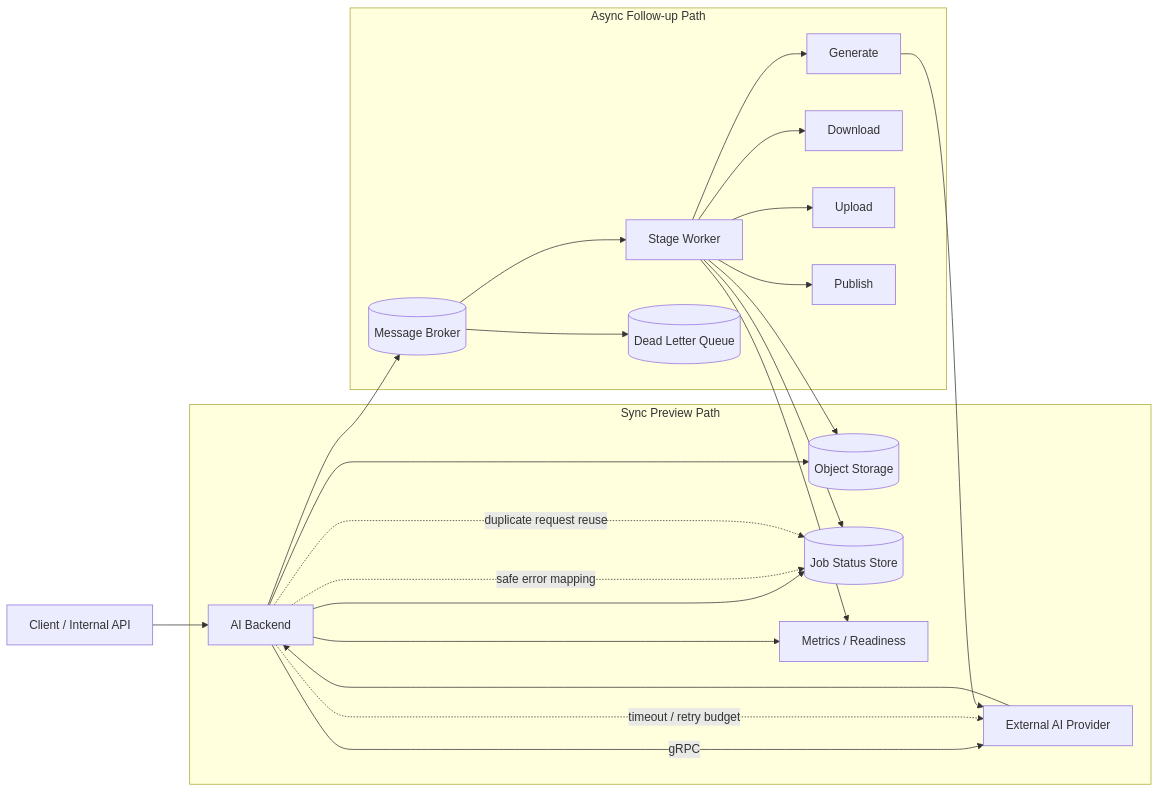
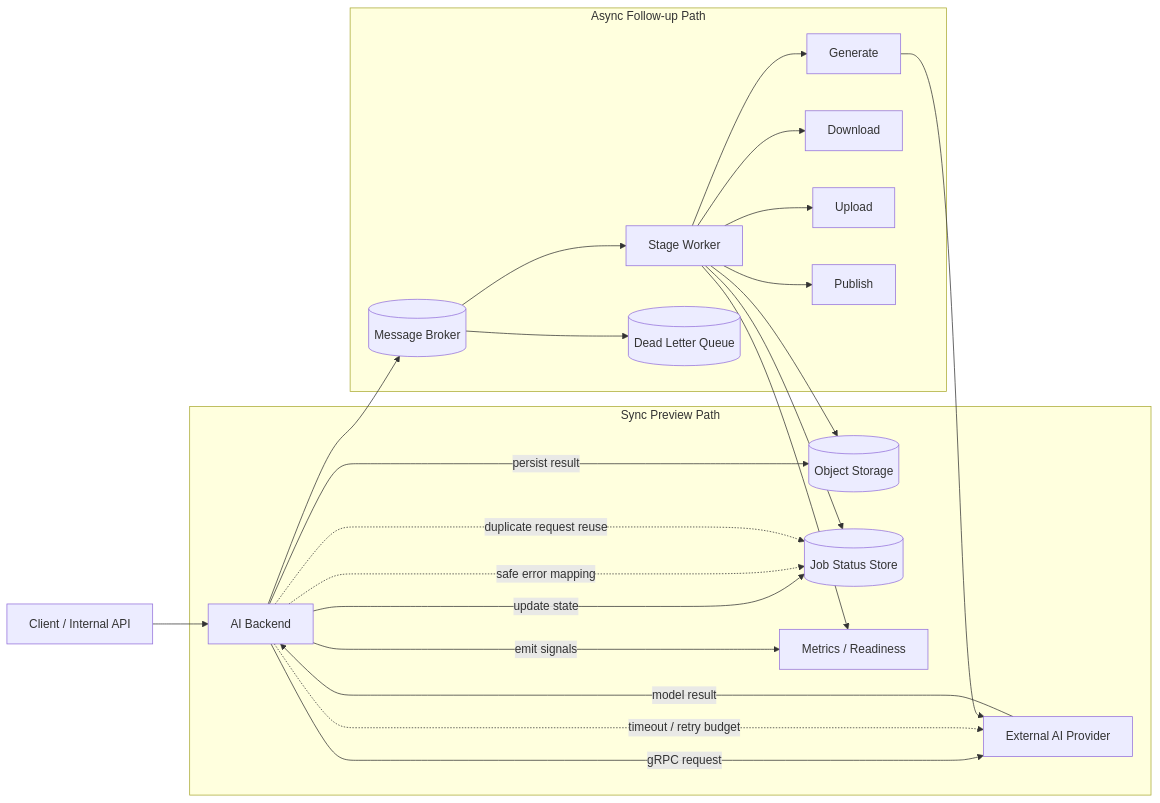
The diagram in projects/external-ai-model-call-backend-stabilization.md (bang9ming9/bang9ming9), drawn with Mermaid before and after one commit. The commit also changed other lines of this file and 1 other file, not shown here.

Commit message:
tighten ai backend doc wording

````diff
--- a/projects/external-ai-model-call-backend-stabilization.md
+++ b/projects/external-ai-model-call-backend-stabilization.md
@@ -100,30 +100,30 @@
 ```mermaid
 flowchart LR
     Client[Client / Internal API] --> API[AI Backend]
 
     subgraph Sync[Sync Preview Path]
-        API -->|gRPC| Provider[External AI Provider]
-        Provider --> API
-        API --> Storage[(Object Storage)]
-        API --> Status[(Job Status Store)]
-        API --> Obs[Metrics / Readiness]
+        API -->|gRPC request| Provider[External AI Provider]
+        Provider -->|model result| API
+        API -->|persist result| Storage[(Object Storage)]
+        API -->|update state| Status[(Job Status Store)]
+        API -->|emit signals| Obs[Metrics / Readiness]
         API -. timeout / retry budget .-> Provider
         API -. safe error mapping .-> Status
         API -. duplicate request reuse .-> Status
     end
 
     subgraph Async[Async Follow-up Path]
         Broker[(Message Broker)] --> Worker[Stage Worker]
         Worker --> G[Generate]
         G --> Provider
         Worker --> D[Download]
         Worker --> U[Upload]
         Worker --> P[Publish]
         Worker --> Storage
         Worker --> Status
         Worker --> Obs[Metrics / Readiness]
         Broker --> DLQ[(Dead Letter Queue)]
     end
 
     API --> Broker
 ```
````
